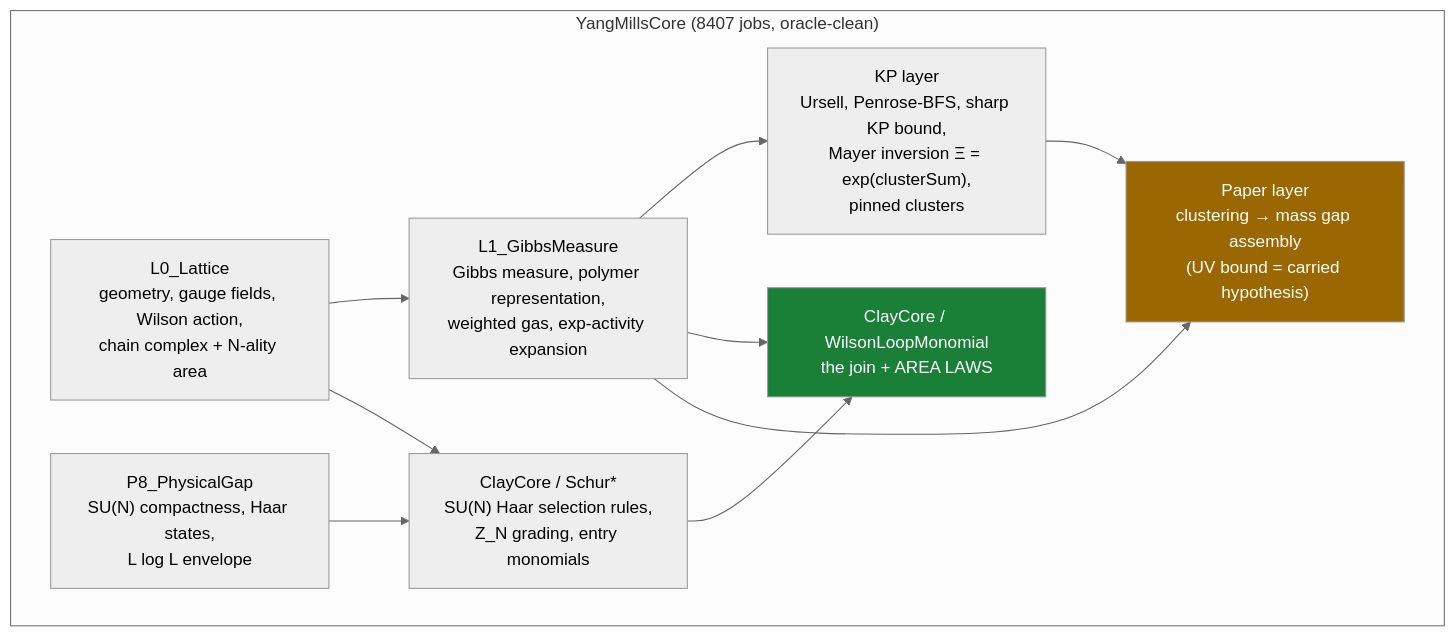
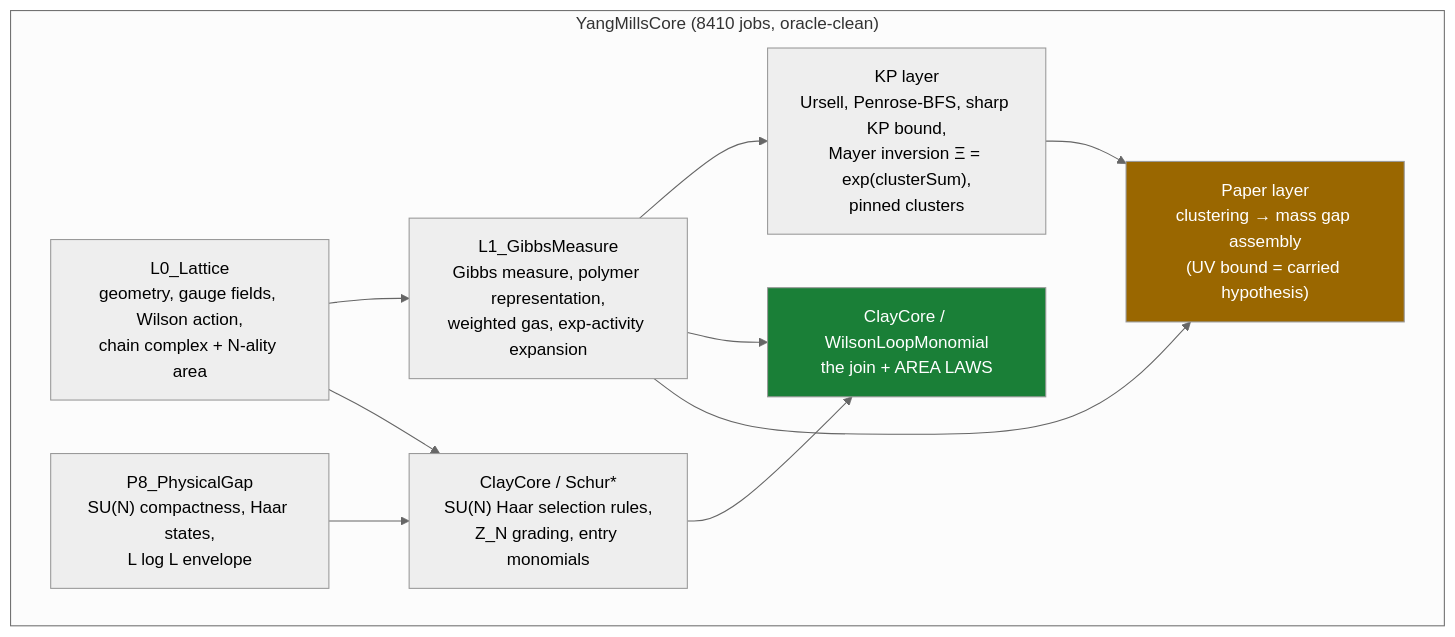
Before and after one commit to lluiseriksson/THE-ERIKSSON-PROGRAMME: the diagram in README.md, drawn with Mermaid (neutral theme). The commit also changed other lines of this file and 11 other files, not shown here.

````diff
--- a/README.md
+++ b/README.md
@@ -363,20 +363,20 @@
 ```mermaid
 graph TD
-    subgraph core["YangMillsCore  (8407 jobs, oracle-clean)"]
+    subgraph core["YangMillsCore  (8410 jobs, oracle-clean)"]
         L0["L0_Lattice<br/>geometry, gauge fields, Wilson action,<br/>chain complex + N-ality area"]
         L1["L1_GibbsMeasure<br/>Gibbs measure, polymer representation,<br/>weighted gas, exp-activity expansion"]
         KP["KP layer<br/>Ursell, Penrose-BFS, sharp KP bound,<br/>Mayer inversion Ξ = exp(clusterSum),<br/>pinned clusters"]
         SCHUR["ClayCore / Schur*<br/>SU(N) Haar selection rules,<br/>Z_N grading, entry monomials"]
         WLM["ClayCore / WilsonLoopMonomial<br/>the join + AREA LAWS"]
         PAPER["Paper layer<br/>clustering → mass gap assembly<br/>(UV bound = carried hypothesis)"]
         P8["P8_PhysicalGap<br/>SU(N) compactness, Haar states,<br/>L log L envelope"]
     end
     L0 --> L1 --> KP
     L0 --> SCHUR --> WLM
     L1 --> WLM
     L1 --> PAPER
     KP --> PAPER
     P8 --> SCHUR
     style WLM fill:#1a7f37,color:#fff
     style PAPER fill:#9a6700,color:#fff
 ```
````
